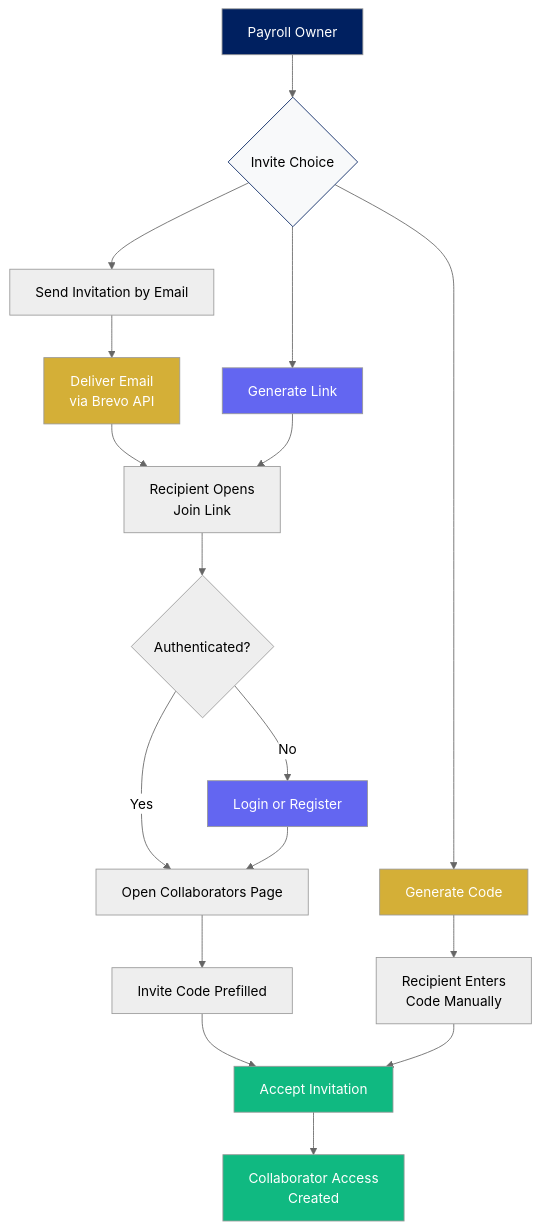
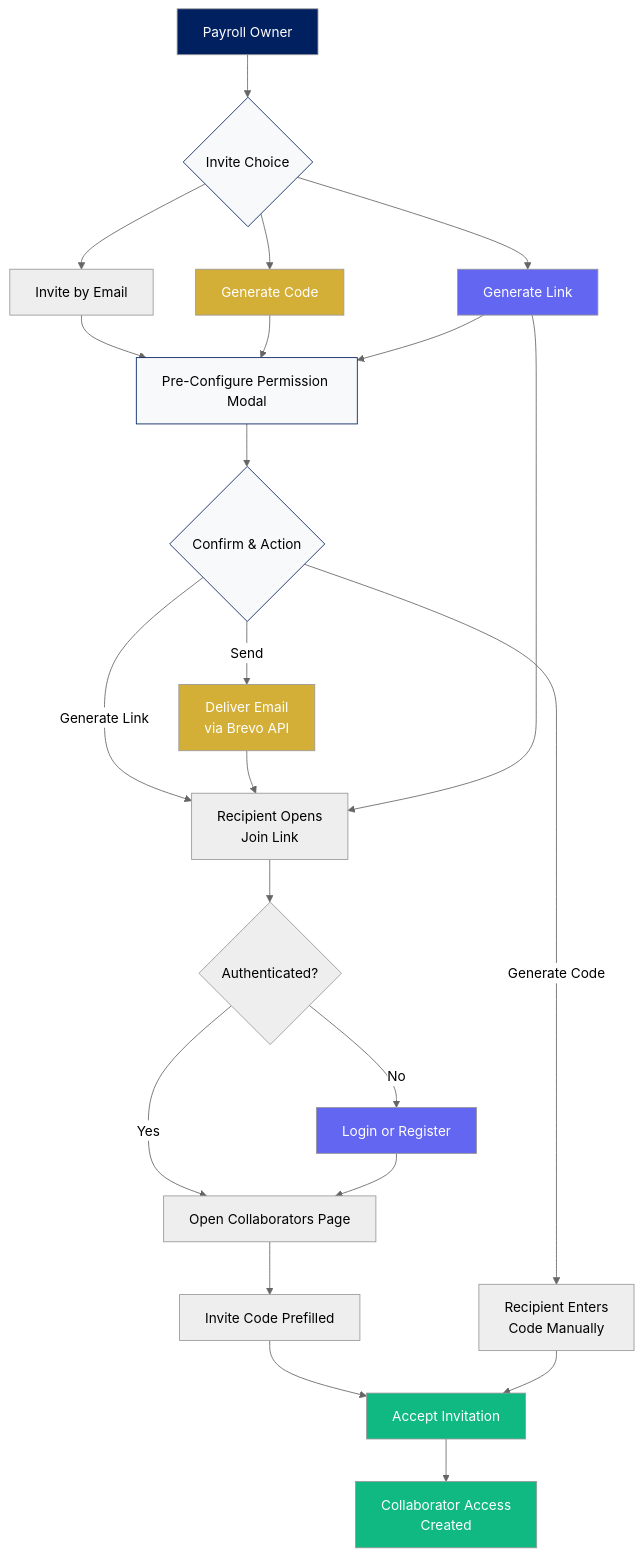
Diagram 44 of 49 in README.md (binssente-crypto/PAYROLL-DOCUMENTATION), drawn with Mermaid (neutral theme) before and after one commit. The commit also changed other lines of this file, not shown here.

````diff
--- a/README.md
+++ b/README.md
@@ -1365,31 +2475,40 @@
 ```mermaid
 flowchart TD
     OWNER[Payroll Owner] --> CHOICE{Invite Choice}
-    CHOICE --> EMAIL[Send Invitation by Email]
+    CHOICE --> EMAIL[Invite by Email]
     CHOICE --> CODE[Generate Code]
     CHOICE --> LINK[Generate Link]
 
-    EMAIL --> SEND["Deliver Email<br/>via Brevo API"]
-    SEND --> RECIPIENT["Recipient Opens<br/>Join Link"]
-    CODE --> MANUAL["Recipient Enters<br/>Code Manually"]
+    EMAIL --> MODAL[Pre-Configure Permission Modal]
+    CODE --> MODAL
+    LINK --> MODAL
+
+    MODAL --> CONFIRM{Confirm & Action}
+    CONFIRM -->|Send| SEND["Deliver Email<br/>via Brevo API"]
+    CONFIRM -->|Generate Code| MANUAL["Recipient Enters<br/>Code Manually"]
+    CONFIRM -->|Generate Link| RECIPIENT["Recipient Opens<br/>Join Link"]
+
+    SEND --> RECIPIENT
     LINK --> RECIPIENT
 
     RECIPIENT --> AUTH{Authenticated?}
     AUTH -- Yes --> COLLAB[Open Collaborators Page]
     AUTH -- No --> LOGIN[Login or Register]
     LOGIN --> COLLAB
 
     COLLAB --> PREFILL[Invite Code Prefilled]
     PREFILL --> ACCEPT[Accept Invitation]
     MANUAL --> ACCEPT
     ACCEPT --> ACCESS["Collaborator Access<br/>Created"]
 
     style OWNER fill:#002060,color:#fff
     style CHOICE fill:#f8f9fa,stroke:#002060
+    style MODAL fill:#f8f9fa,stroke:#002060
+    style CONFIRM fill:#f8f9fa,stroke:#002060
     style CODE fill:#D4AF37,color:#fff
     style LINK fill:#6366f1,color:#fff
     style SEND fill:#D4AF37,color:#fff
     style LOGIN fill:#6366f1,color:#fff
     style ACCEPT fill:#10b981,color:#fff
     style ACCESS fill:#10b981,color:#fff
 ```
````
